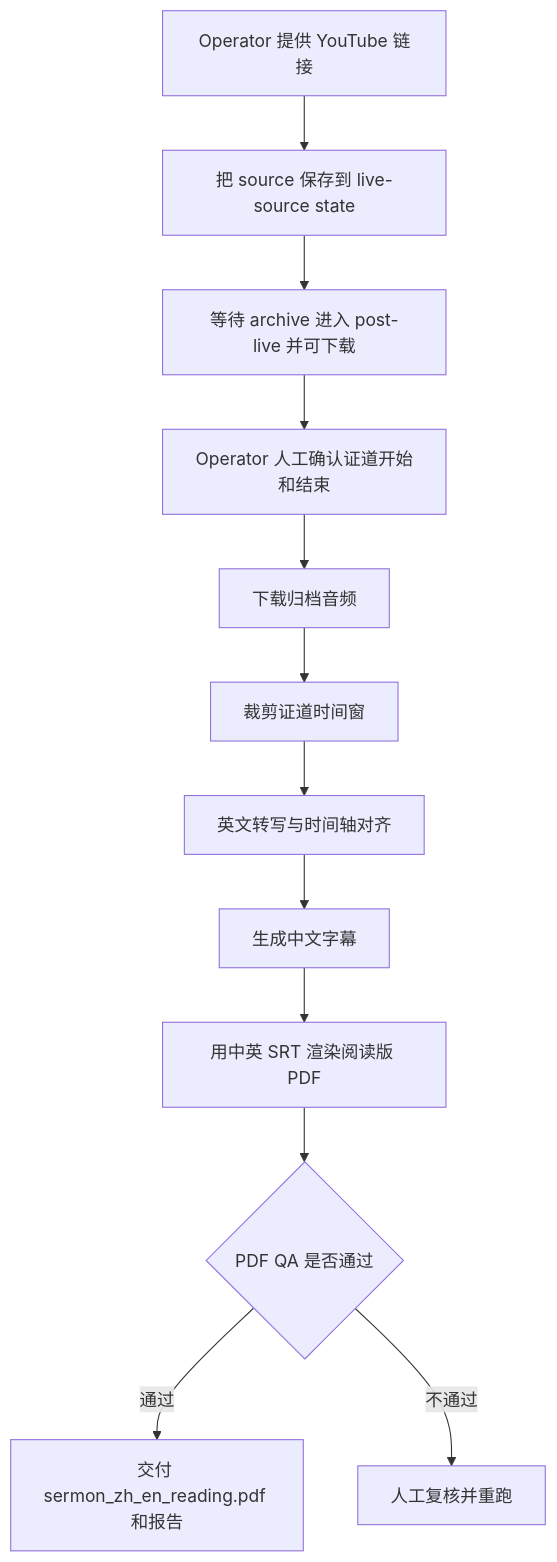
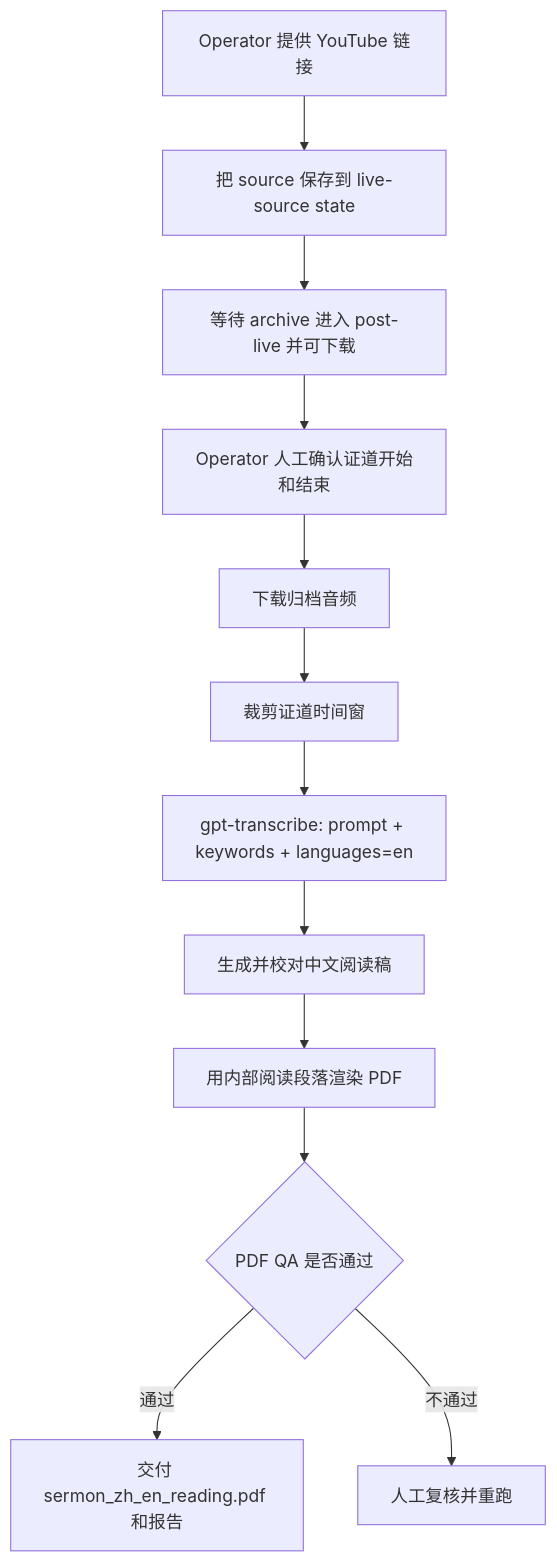
The diagram in docs/stable-post-live-reading-pdf-workflow.zh.md (JonathanJing/sermon-video-zh-subtitles), drawn with Mermaid before and after one commit. The commit also changed other lines of this file and 19 other files, not shown here.

Commit message:
Promote gpt-transcribe reading PDF workflow

````diff
--- a/docs/stable-post-live-reading-pdf-workflow.zh.md
+++ b/docs/stable-post-live-reading-pdf-workflow.zh.md
@@ -28,14 +28,14 @@
 ```mermaid
 flowchart TD
     A[Operator 提供 YouTube 链接] --> B[把 source 保存到 live-source state]
     B --> C[等待 archive 进入 post-live 并可下载]
     C --> D[Operator 人工确认证道开始和结束]
     D --> E[下载归档音频]
     E --> F[裁剪证道时间窗]
-    F --> G[英文转写与时间轴对齐]
-    G --> H[生成中文字幕]
-    H --> I[用中英 SRT 渲染阅读版 PDF]
+    F --> G["gpt-transcribe: prompt + keywords + languages=en"]
+    G --> H[生成并校对中文阅读稿]
+    H --> I[用内部阅读段落渲染 PDF]
     I --> J{PDF QA 是否通过}
     J -- 通过 --> K[交付 sermon_zh_en_reading.pdf 和报告]
     J -- 不通过 --> L[人工复核并重跑]
 ```
````
